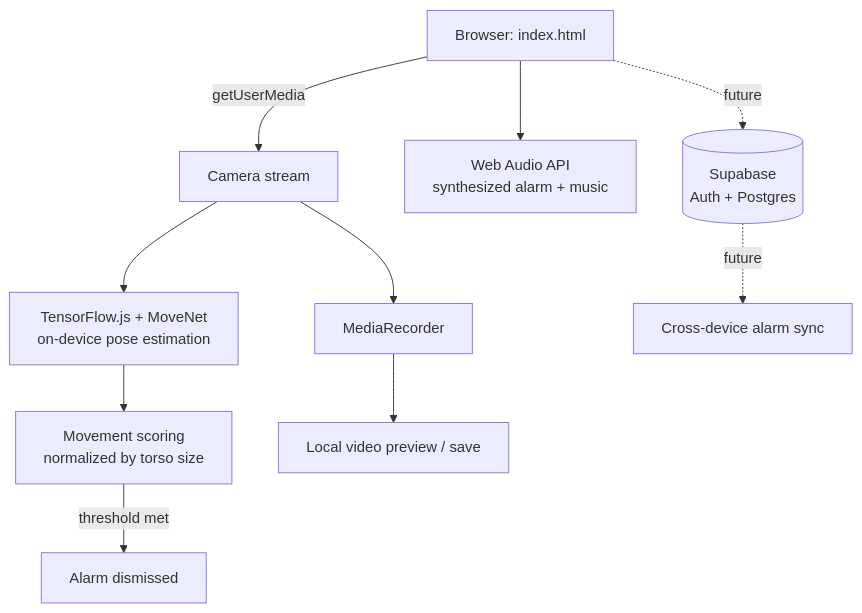
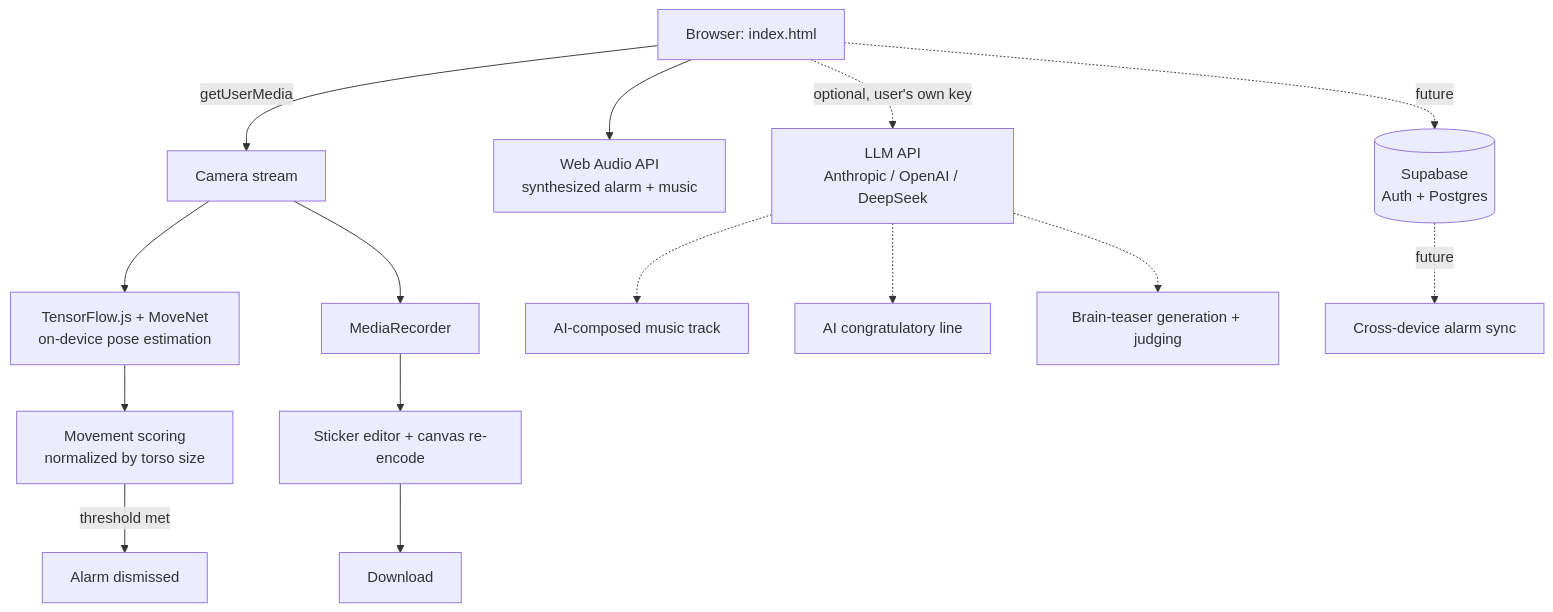
The diagram in README.md (cici-yao/wake-and-move), drawn with Mermaid before and after one commit. The commit also changed other lines of this file, not shown here.

````diff
--- a/README.md
+++ b/README.md
@@ -41,12 +44,17 @@
 ```mermaid
 flowchart TD
     A[Browser: index.html] -->|getUserMedia| B[Camera stream]
     B --> C[TensorFlow.js + MoveNet<br/>on-device pose estimation]
     C --> D[Movement scoring<br/>normalized by torso size]
     D -->|threshold met| E[Alarm dismissed]
     B --> F[MediaRecorder]
-    F --> G[Local video preview / save]
+    F --> G[Sticker editor + canvas re-encode]
+    G --> GD[Download]
     A --> H[Web Audio API<br/>synthesized alarm + music]
+    A -.optional, user's own key.-> K[LLM API<br/>Anthropic / OpenAI / DeepSeek]
+    K -.-> K1[AI-composed music track]
+    K -.-> K2[AI congratulatory line]
+    K -.-> K3[Brain-teaser generation + judging]
     A -.future.-> I[(Supabase<br/>Auth + Postgres)]
     I -.future.-> J[Cross-device alarm sync]
 ```
````
